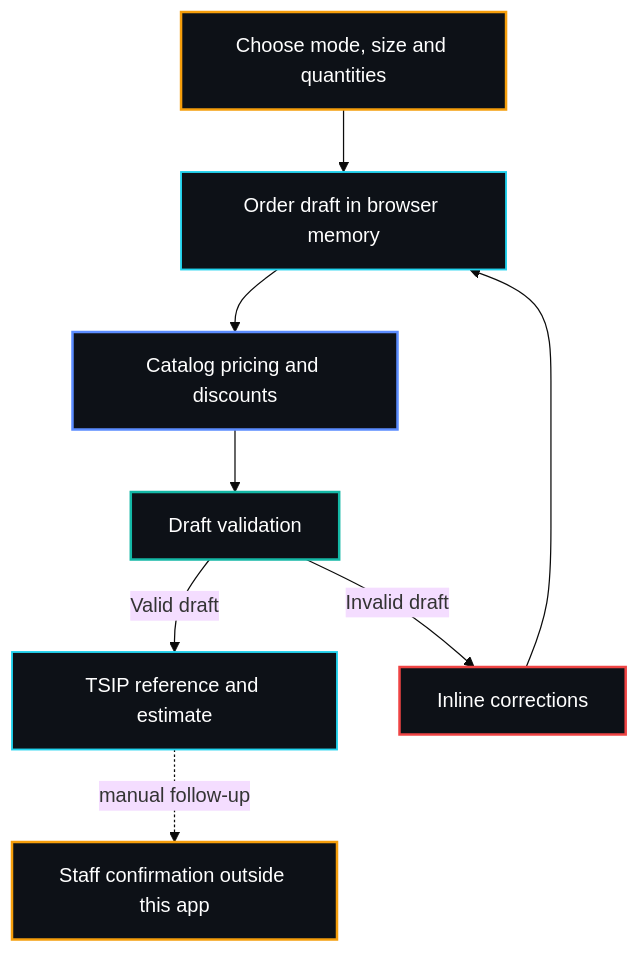
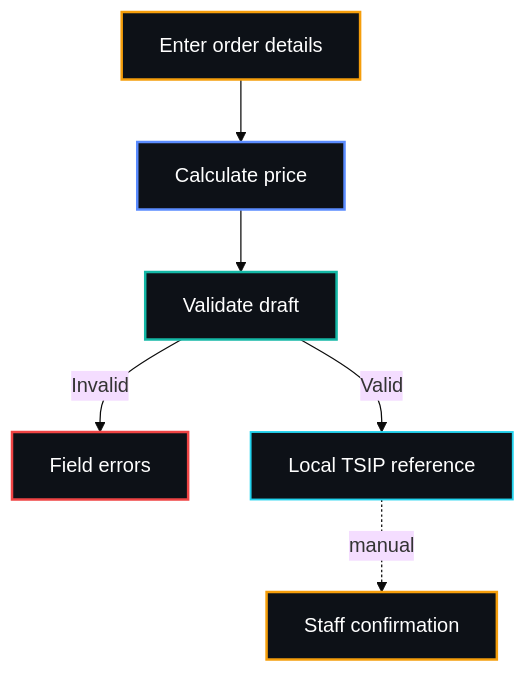
The third of 4 diagrams in README.md (gaffercode/Tropisipjuice), drawn with Mermaid (base theme) before and after one commit. The commit also changed other lines of this file, not shown here.

Commit message:
docs: compact Tropisip diagrams and credit the collaboration

````diff
--- a/README.md
+++ b/README.md
@@ -319,29 +317,26 @@
 ```mermaid
 flowchart TB
-  VISITOR["Choose mode, size and quantities"]
-  DRAFT["Order draft in browser memory"]
-  PRICE["Catalog pricing and discounts"]
-  VALID["Draft validation"]
-  ERROR["Inline corrections"]
-  CODE["TSIP reference and estimate"]
-  STAFF["Staff confirmation outside this app"]
+  VISITOR["Enter order details"]
+  PRICE["Calculate price"]
+  VALID["Validate draft"]
+  ERROR["Field errors"]
+  CODE["Local TSIP reference"]
+  STAFF["Staff confirmation"]
 
-  VISITOR --> DRAFT
-  DRAFT --> PRICE
+  VISITOR --> PRICE
   PRICE --> VALID
-  VALID -->|Valid draft| CODE
-  VALID -->|Invalid draft| ERROR
-  ERROR --> DRAFT
-  CODE -. manual follow-up .-> STAFF
+  VALID -->|Valid| CODE
+  VALID -->|Invalid| ERROR
+  CODE -. manual .-> STAFF
 
   classDef authority fill:#0D1117,stroke:#F59E0B,color:#ffffff,stroke-width:2px;
   class VISITOR,STAFF authority;
   classDef control fill:#0D1117,stroke:#14B8A6,color:#ffffff,stroke-width:2px;
   class VALID control;
   classDef core fill:#0D1117,stroke:#5B8CFF,color:#ffffff,stroke-width:2px;
   class PRICE core;
   classDef surface fill:#0D1117,stroke:#22D3EE,color:#ffffff,stroke-width:1.5px;
-  class DRAFT,CODE surface;
+  class CODE surface;
   classDef danger fill:#0D1117,stroke:#EF4444,color:#ffffff,stroke-width:2px;
   class ERROR danger;
 ```
````
